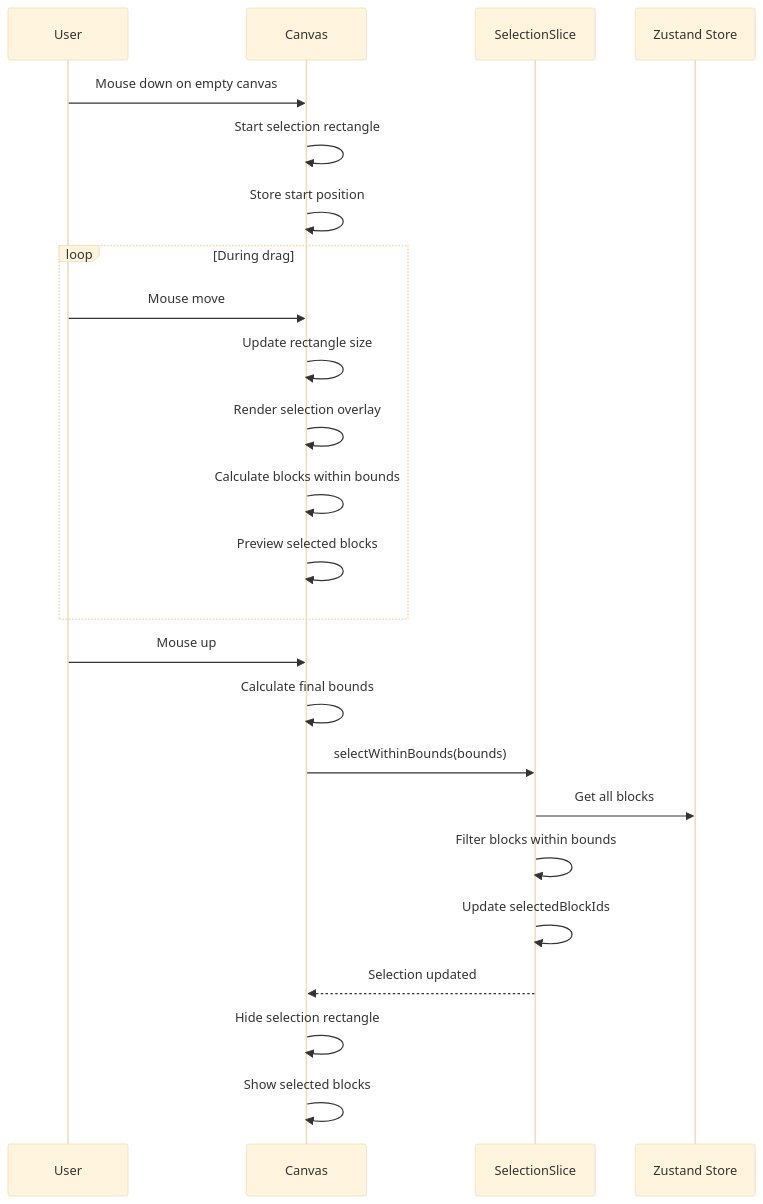
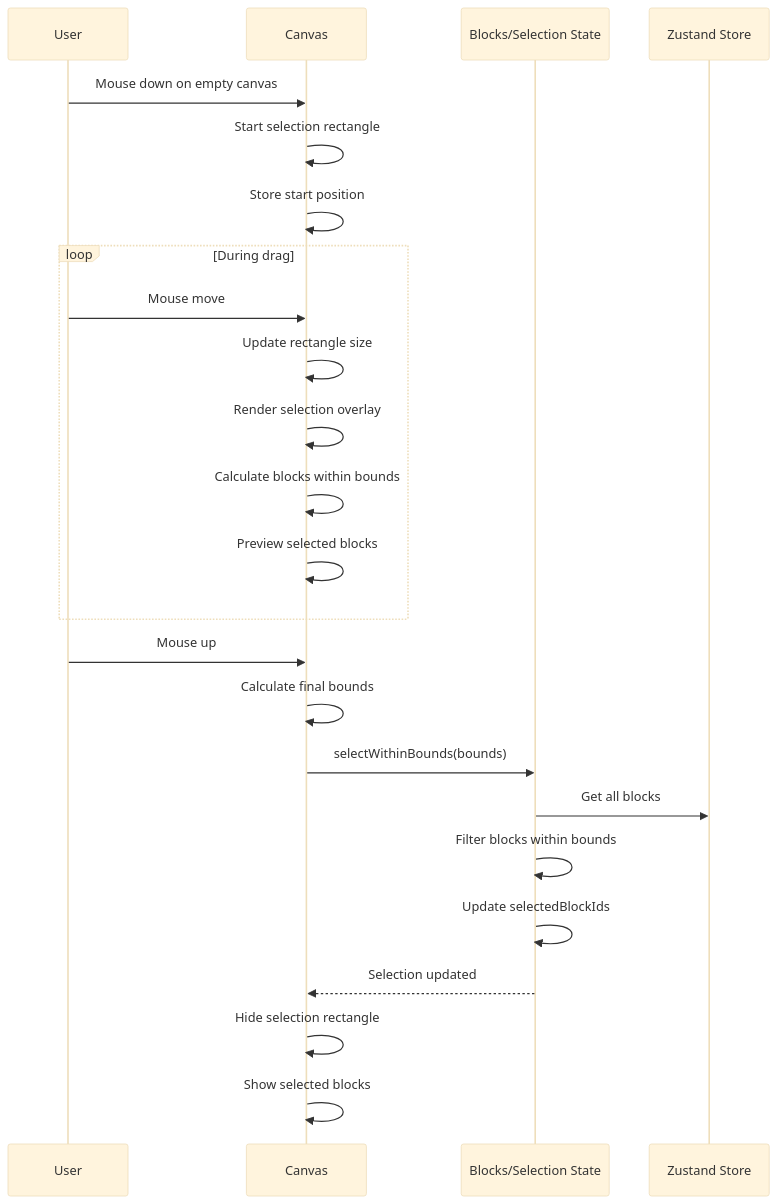
Before and after one commit to litkeys/DraftCN: the sixth of 9 diagrams in docs/architecture/core-workflows.md, drawn with Mermaid (base theme). The commit also changed other lines of this file and 17 other files, not shown here.

First line of the commit message:
Fixed block selection persisting when search bar is selected, architectural realignment removing redundant selection slice

````diff
--- a/docs/architecture/core-workflows.md
+++ b/docs/architecture/core-workflows.md
@@ -192,29 +192,29 @@
 ```mermaid
 sequenceDiagram
     participant User
     participant Canvas
-    participant SelectMgr as SelectionSlice
+    participant BlocksSlice as Blocks/Selection State
     participant Store as Zustand Store
 
     User->>Canvas: Mouse down on empty canvas
     Canvas->>Canvas: Start selection rectangle
     Canvas->>Canvas: Store start position
 
     loop During drag
         User->>Canvas: Mouse move
         Canvas->>Canvas: Update rectangle size
         Canvas->>Canvas: Render selection overlay
         Canvas->>Canvas: Calculate blocks within bounds
         Canvas->>Canvas: Preview selected blocks
     end
 
     User->>Canvas: Mouse up
     Canvas->>Canvas: Calculate final bounds
-    Canvas->>SelectMgr: selectWithinBounds(bounds)
-    SelectMgr->>Store: Get all blocks
-    SelectMgr->>SelectMgr: Filter blocks within bounds
-    SelectMgr->>SelectMgr: Update selectedBlockIds
-    SelectMgr-->>Canvas: Selection updated
+    Canvas->>BlocksSlice: selectWithinBounds(bounds)
+    BlocksSlice->>Store: Get all blocks
+    BlocksSlice->>BlocksSlice: Filter blocks within bounds
+    BlocksSlice->>BlocksSlice: Update selectedBlockIds
+    BlocksSlice-->>Canvas: Selection updated
     Canvas->>Canvas: Hide selection rectangle
     Canvas->>Canvas: Show selected blocks
 ```
````
